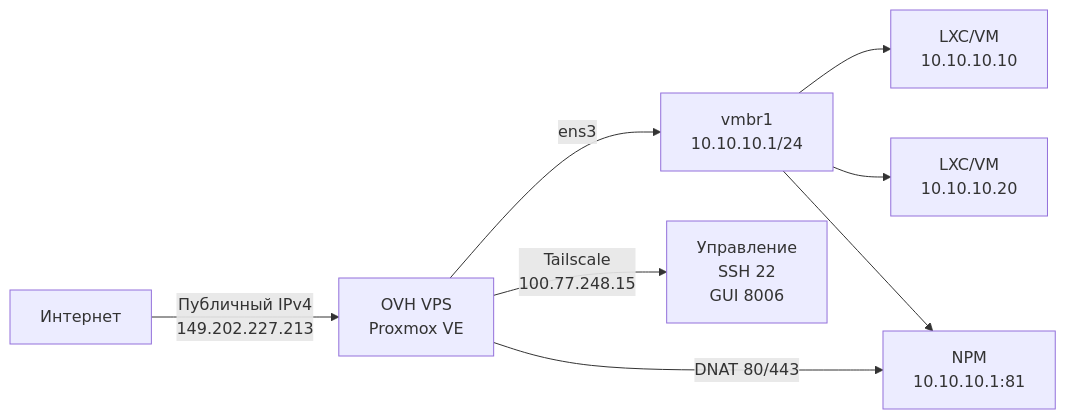
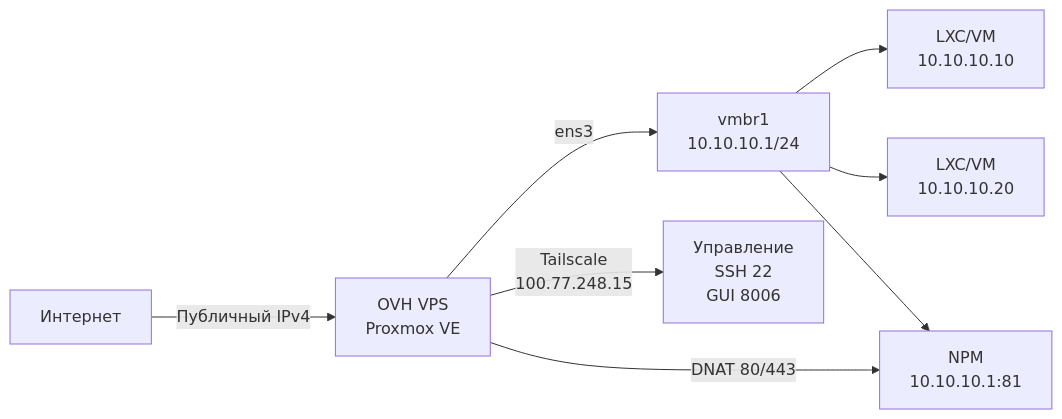
One commit to GoXLd/goxld.github.io changed the diagram in _posts/ru/2026-09-09-installer-proxmox-ve-sur-vps-ovh.md. Above: the diagram before and after it, drawn with Mermaid. The commit also changed other lines of this file and 2 other files, not shown here.

Commit message:
Privacy: replace real public IPv4 with <PUBLIC_IPV4> placeholder in all 3 languages

````diff
--- a/_posts/ru/2026-09-09-installer-proxmox-ve-sur-vps-ovh.md
+++ b/_posts/ru/2026-09-09-installer-proxmox-ve-sur-vps-ovh.md
@@ -106,10 +106,10 @@
 ```mermaid
 flowchart LR
-    Internet[Интернет] -->|Публичный IPv4\n149.202.227.213| VPS[OVH VPS\nProxmox VE]
+    Internet[Интернет] -->|Публичный IPv4| VPS[OVH VPS\nProxmox VE]
     VPS -->|ens3| BridgeNAT[vmbr1\n10.10.10.1/24]
     BridgeNAT --> LXC1[LXC/VM\n10.10.10.10]
     BridgeNAT --> LXC2[LXC/VM\n10.10.10.20]
     BridgeNAT --> NPM[NPM\n10.10.10.1:81]
     VPS -->|DNAT 80/443| NPM
     VPS -->|Tailscale\n100.77.248.15| Mgmt[Управление\nSSH 22\nGUI 8006]
 ```
````
